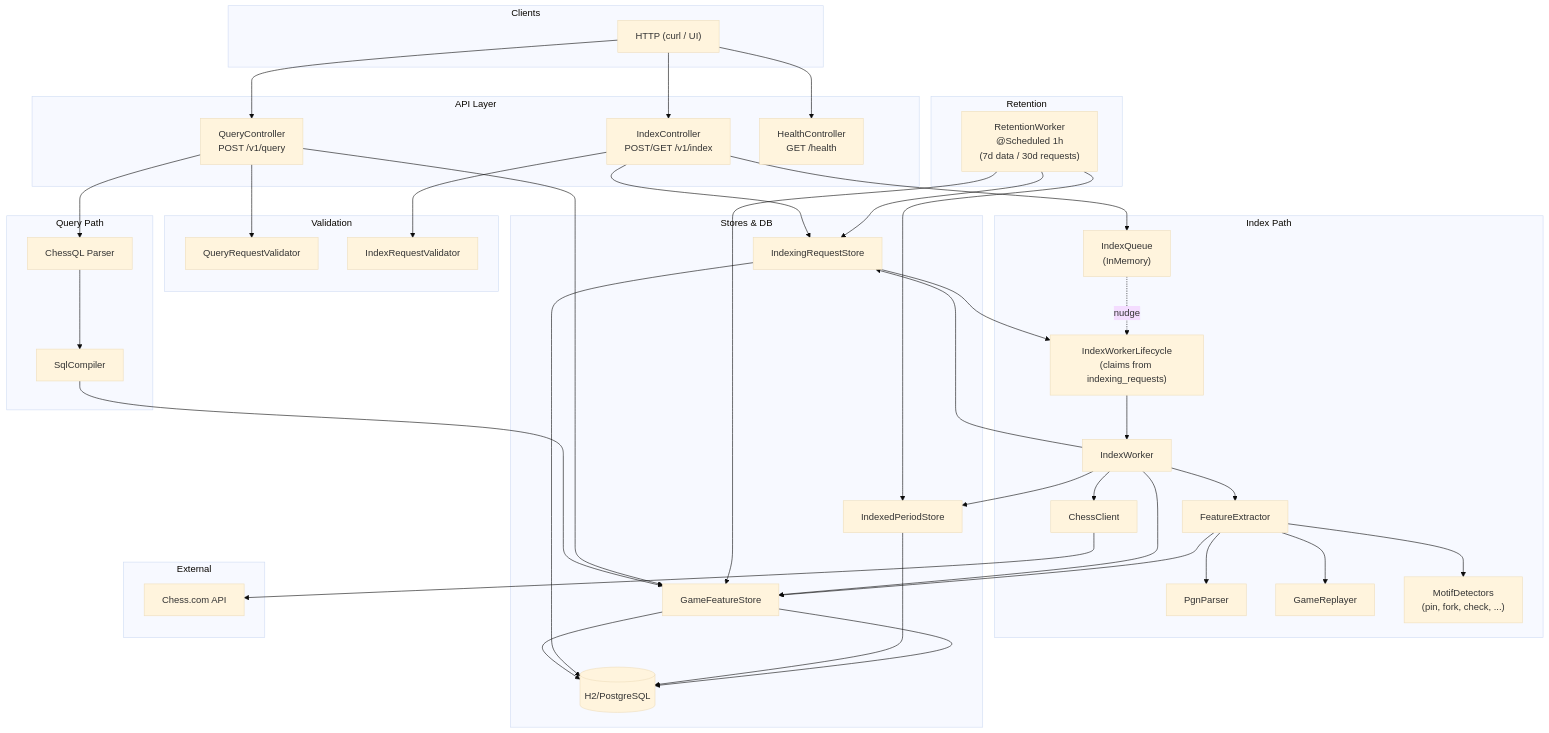
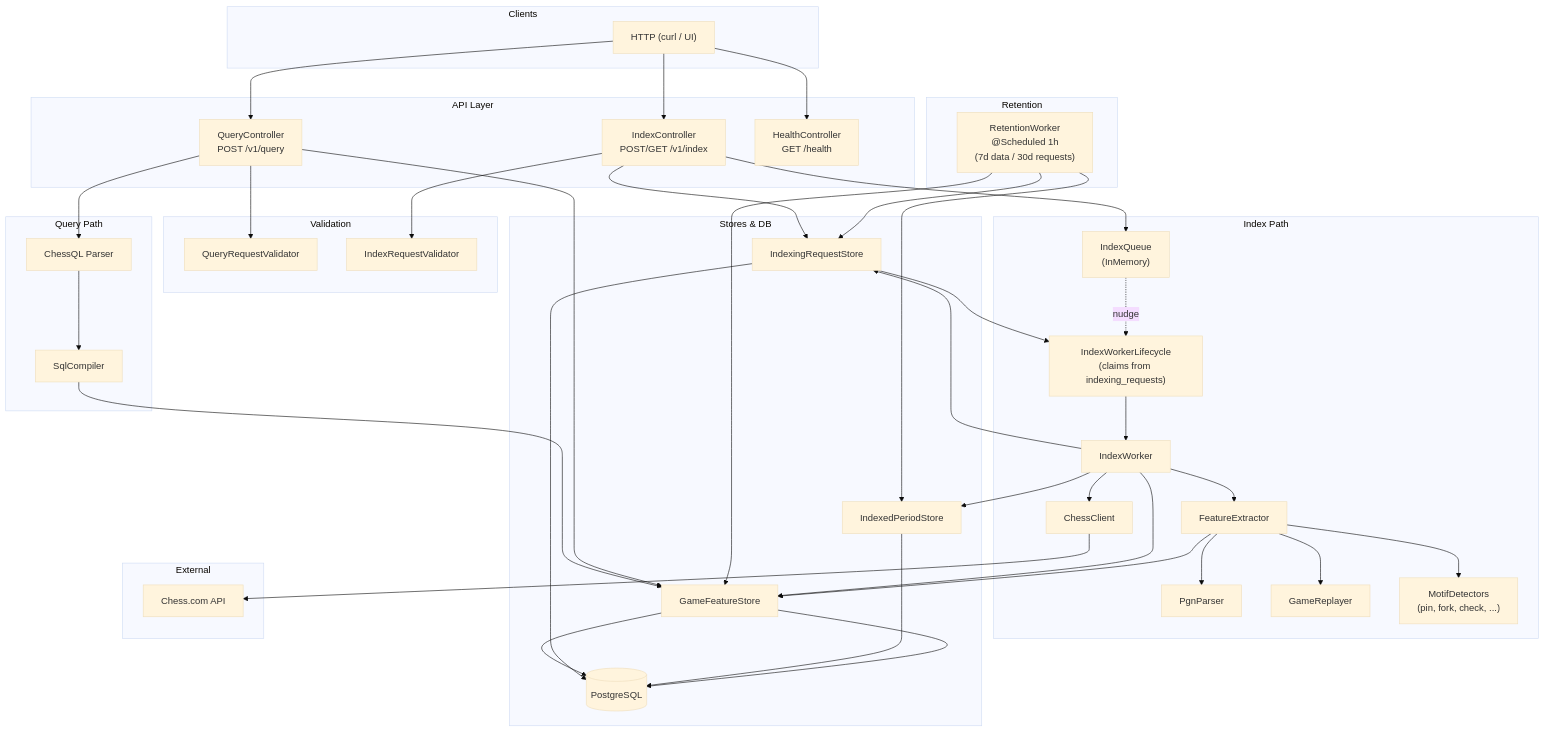
The second of 2 diagrams in domains/games/apis/one_d4/README.md (muchq/MoonBase), drawn with Mermaid (base theme) before and after one commit. The commit also changed other lines of this file and 11 other files, not shown here.

````diff
--- a/domains/games/apis/one_d4/README.md
+++ b/domains/games/apis/one_d4/README.md
@@ -21,82 +21,82 @@
 ```mermaid
 flowchart TB
   subgraph Client["Clients"]
     HTTP["HTTP (curl / UI)"]
   end
 
   subgraph API["API Layer"]
     IndexCtrl["IndexController\nPOST/GET /v1/index"]
     QueryCtrl["QueryController\nPOST /v1/query"]
     HealthCtrl["HealthController\nGET /health"]
   end
 
   subgraph Validation["Validation"]
     QueryVal["QueryRequestValidator"]
     IndexVal["IndexRequestValidator"]
   end
 
   subgraph IndexPath["Index Path"]
     Queue["IndexQueue\n(InMemory)"]
     Lifecycle["IndexWorkerLifecycle\n(claims from indexing_requests)"]
     Worker["IndexWorker"]
     ChessClient["ChessClient"]
     Extractor["FeatureExtractor"]
     PgnParser["PgnParser"]
     Replayer["GameReplayer"]
     Detectors["MotifDetectors\n(pin, fork, check, ...)"]
   end
 
   subgraph QueryPath["Query Path"]
     Parser["ChessQL Parser"]
     Compiler["SqlCompiler"]
   end
 
   subgraph Retention["Retention"]
     RetentionWorker["RetentionWorker\n@Scheduled 1h\n(7d data / 30d requests)"]
   end
 
   subgraph Store["Stores & DB"]
     RequestStore["IndexingRequestStore"]
     GameStore["GameFeatureStore"]
     PeriodStore["IndexedPeriodStore"]
-    DB[(H2/PostgreSQL)]
+    DB[(PostgreSQL)]
   end
 
   subgraph External["External"]
     ChessAPI["Chess.com API"]
   end
 
   HTTP --> IndexCtrl
   HTTP --> QueryCtrl
   HTTP --> HealthCtrl
   IndexCtrl --> IndexVal
   IndexCtrl --> RequestStore
   IndexCtrl --> Queue
   QueryCtrl --> QueryVal
   QueryCtrl --> Parser
   Parser --> Compiler
   Compiler --> GameStore
   QueryCtrl --> GameStore
   GameStore --> DB
   RequestStore --> DB
   PeriodStore --> DB
 
   RequestStore --> Lifecycle
   Queue -.nudge.-> Lifecycle
   Lifecycle --> Worker
   Worker --> ChessClient
   Worker --> RequestStore
   Worker --> PeriodStore
   Worker --> Extractor
   Worker --> GameStore
   ChessClient --> ChessAPI
   Extractor --> PgnParser
   Extractor --> Replayer
   Extractor --> Detectors
   Extractor --> GameStore
   GameStore --> DB
 
   RetentionWorker --> GameStore
   RetentionWorker --> PeriodStore
   RetentionWorker --> RequestStore
 ```
````
